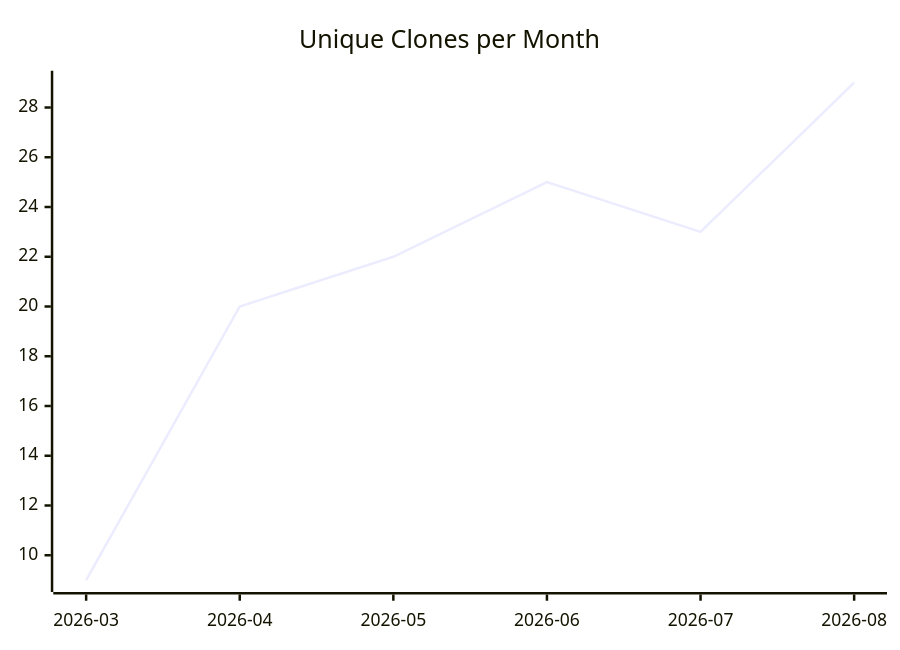
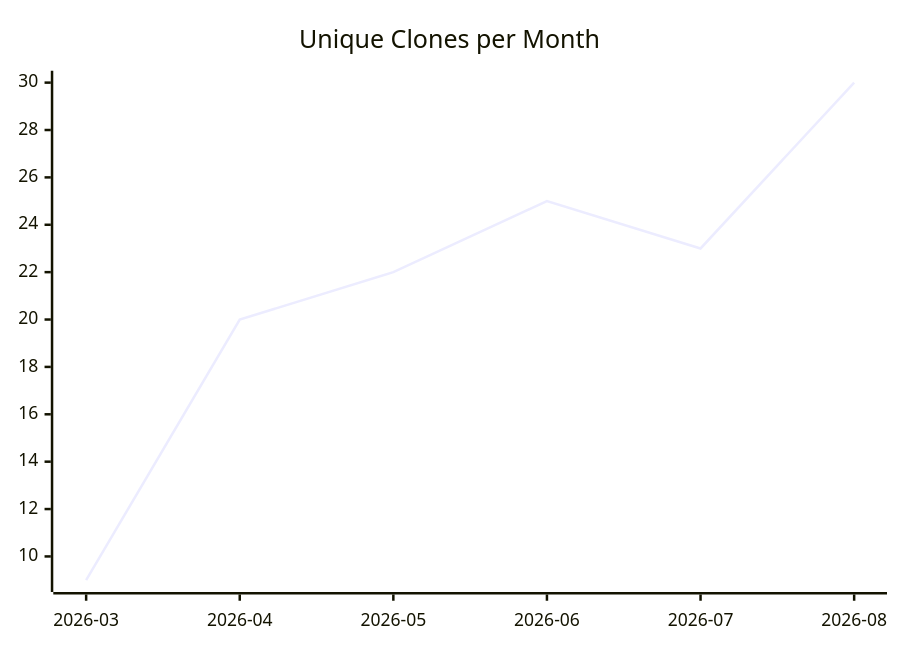
One commit to justdavis-family/github-analytics-data changed the third of 3 diagrams in karlmdavis/kxml2/README.md. Above: the diagram before and after it, drawn with Mermaid. The commit also changed other lines of this file and 190 other files, not shown here.

````diff
--- a/karlmdavis/kxml2/README.md
+++ b/karlmdavis/kxml2/README.md
@@ -19,6 +19,6 @@
 ```mermaid
 xychart-beta
   title "Unique Clones per Month"
   x-axis ["2026-03", "2026-04", "2026-05", "2026-06", "2026-07", "2026-08"]
-  line [9, 20, 22, 25, 23, 29]
+  line [9, 20, 22, 25, 23, 30]
 ```
````
